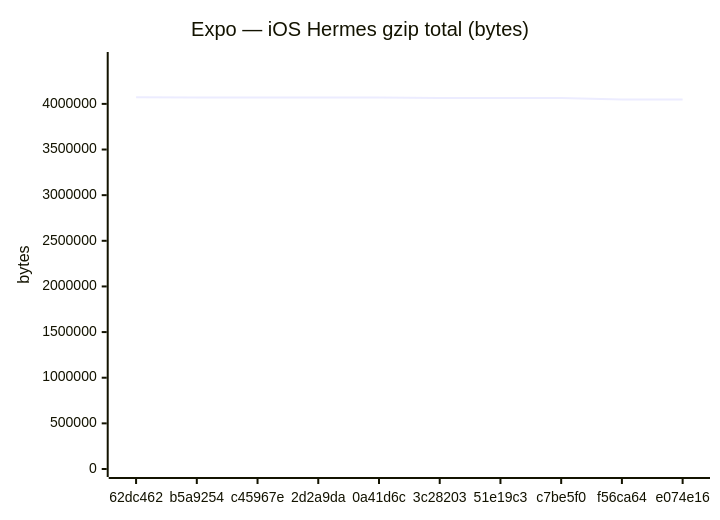
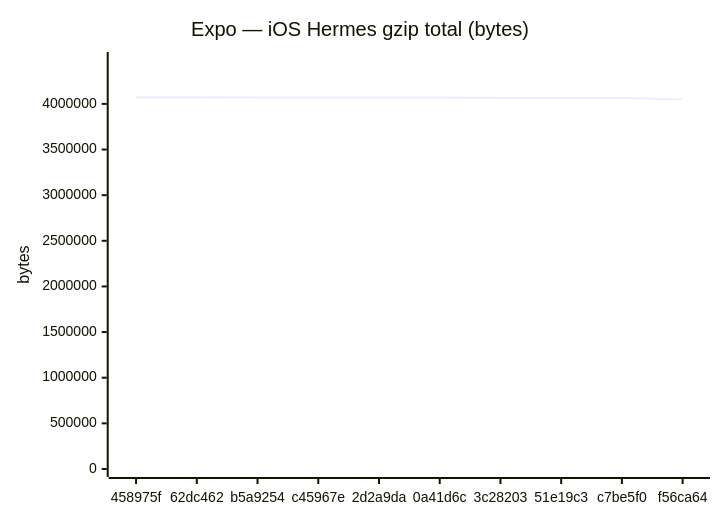
Before and after one commit to Metaheurist/Rianell: the sixth of 18 diagrams in benchmarks/compare.md, drawn with Mermaid. The commit also changed other lines of this file and 11 other files, not shown here.

````diff
--- a/benchmarks/compare.md
+++ b/benchmarks/compare.md
@@ -96,7 +96,7 @@
 ```mermaid
 xychart-beta
     title "Expo — iOS Hermes gzip total (bytes)"
-    x-axis ["62dc462", "b5a9254", "c45967e", "2d2a9da", "0a41d6c", "3c28203", "51e19c3", "c7be5f0", "f56ca64", "e074e16"]
+    x-axis ["458975f", "62dc462", "b5a9254", "c45967e", "2d2a9da", "0a41d6c", "3c28203", "51e19c3", "c7be5f0", "f56ca64"]
     y-axis "bytes" 0 --> 4480788
-    line [4073443, 4069109, 4069113, 4069106, 4069107, 4065403, 4065816, 4065817, 4047233, 4047234]
+    line [4073443, 4073443, 4069109, 4069113, 4069106, 4069107, 4065403, 4065816, 4065817, 4047233]
 ```
````
